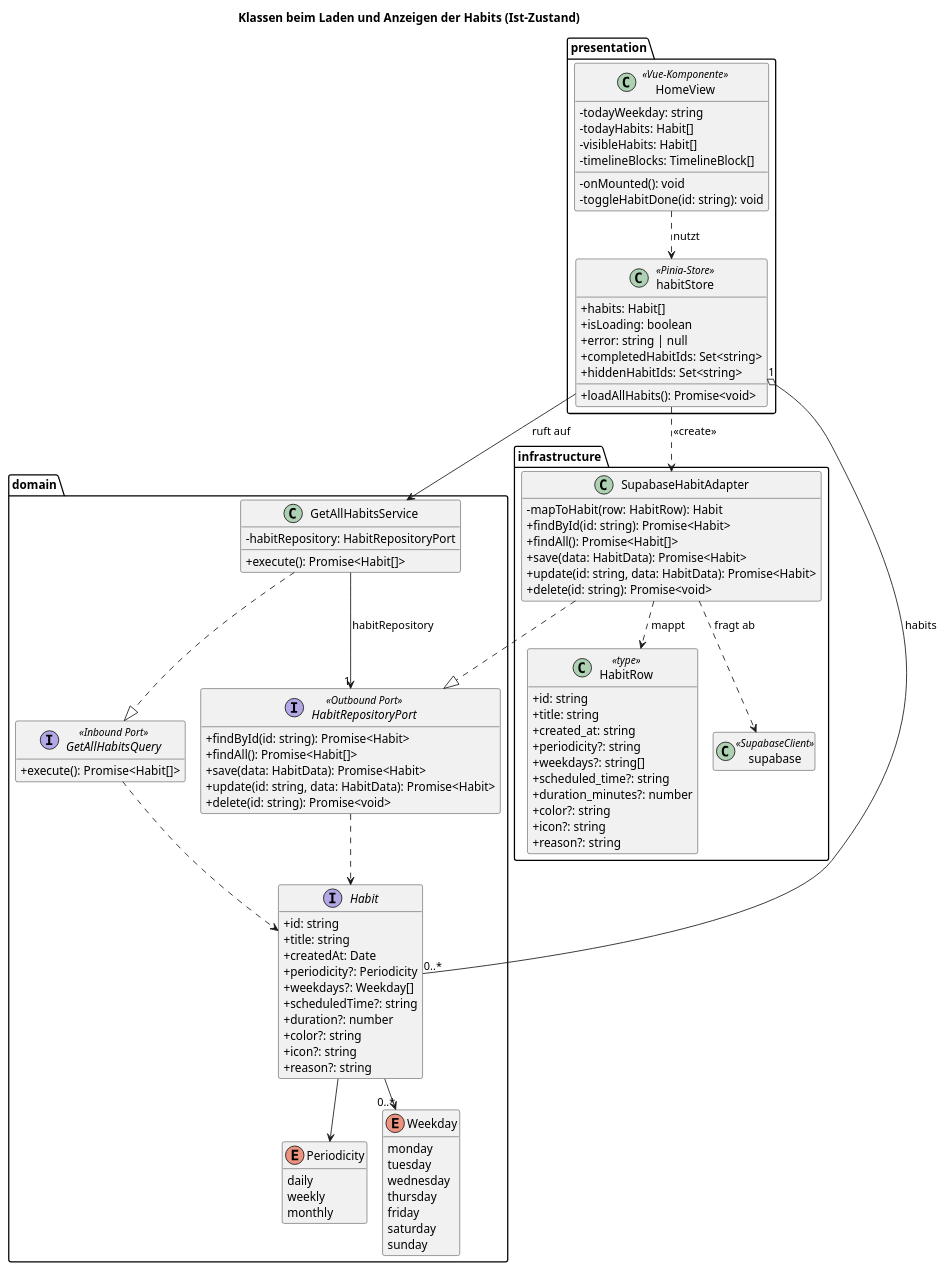
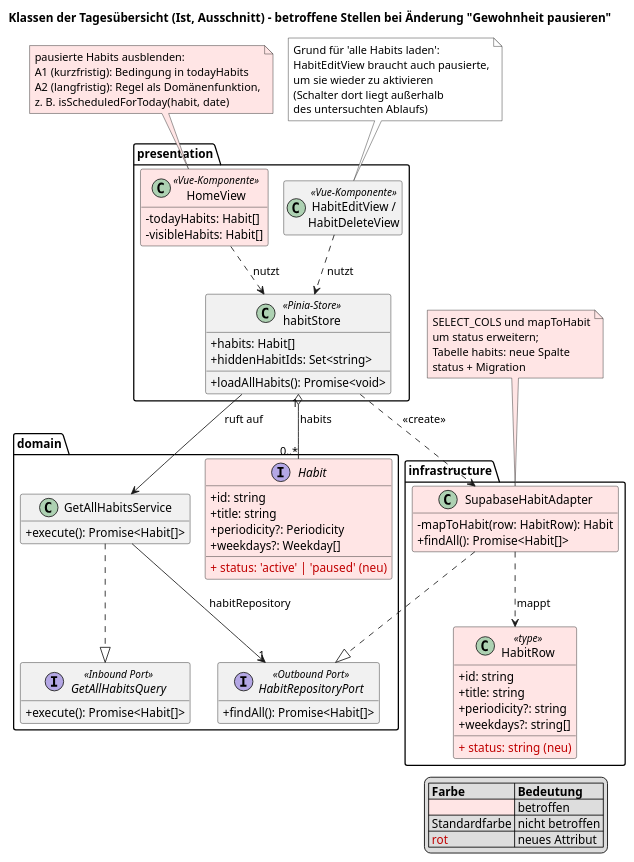
One commit to stttxxnn/se1-habittracker changed the diagram in docs/design-analysis/current-structure.puml. Above: the diagram before and after it, drawn with PlantUML. The commit also changed 1 other file, not shown here.

Commit message:
[Docs] Betroffene Stellen für "Gewohnheit pausieren" markiert
Beide Diagramme auf die für die Untersuchung nötigen Bausteine
reduziert und betroffene Stellen farbig markiert. Entscheidung:
weiterhin alle Habits laden (HabitEditView braucht auch pausierte),
Filter für die Tagesübersicht in HomeView (A1) bzw. langfristig als
Domänenfunktion (A2).

Refs #82

```diff
--- a/docs/design-analysis/current-structure.puml
+++ b/docs/design-analysis/current-structure.puml
@@ -1,117 +1,87 @@
 @startuml
 !pragma layout smetana
-title Klassen beim Laden und Anzeigen der Habits (Ist-Zustand)
+title Klassen der Tagesübersicht (Ist, Ausschnitt) – betroffene Stellen bei Änderung "Gewohnheit pausieren"
 skinparam classAttributeIconSize 0
 hide empty members
 
 package "presentation" {
-  class HomeView <<Vue-Komponente>> {
-    - todayWeekday: string
+  class HomeView <<Vue-Komponente>> #FFE5E5 {
     - todayHabits: Habit[]
     - visibleHabits: Habit[]
-    - timelineBlocks: TimelineBlock[]
-    - onMounted(): void
-    - toggleHabitDone(id: string): void
   }
 
   class habitStore <<Pinia-Store>> {
     + habits: Habit[]
-    + isLoading: boolean
-    + error: string | null
-    + completedHabitIds: Set<string>
     + hiddenHabitIds: Set<string>
     + loadAllHabits(): Promise<void>
+  }
+
+  class "HabitEditView /\nHabitDeleteView" as OtherViews <<Vue-Komponente>> {
   }
 }
 
 package "domain" {
   interface GetAllHabitsQuery <<Inbound Port>> {
     + execute(): Promise<Habit[]>
   }
 
   class GetAllHabitsService {
-    - habitRepository: HabitRepositoryPort
     + execute(): Promise<Habit[]>
   }
 
   interface HabitRepositoryPort <<Outbound Port>> {
-    + findById(id: string): Promise<Habit>
     + findAll(): Promise<Habit[]>
-    + save(data: HabitData): Promise<Habit>
-    + update(id: string, data: HabitData): Promise<Habit>
-    + delete(id: string): Promise<void>
   }
 
-  interface Habit {
+  interface Habit #FFE5E5 {
     + id: string
     + title: string
-    + createdAt: Date
     + periodicity?: Periodicity
     + weekdays?: Weekday[]
-    + scheduledTime?: string
-    + duration?: number
-    + color?: string
-    + icon?: string
-    + reason?: string
-  }
-
-  enum Periodicity {
-    daily
-    weekly
-    monthly
-  }
-
-  enum Weekday {
-    monday
-    tuesday
-    wednesday
-    thursday
-    friday
-    saturday
-    sunday
+    <color:#C00000>+ status: 'active' | 'paused' (neu)</color>
   }
 }
 
 package "infrastructure" {
-  class SupabaseHabitAdapter {
+  class SupabaseHabitAdapter #FFE5E5 {
     - mapToHabit(row: HabitRow): Habit
-    + findById(id: string): Promise<Habit>
     + findAll(): Promise<Habit[]>
-    + save(data: HabitData): Promise<Habit>
-    + update(id: string, data: HabitData): Promise<Habit>
-    + delete(id: string): Promise<void>
   }
 
-  class HabitRow <<type>> {
+  class HabitRow <<type>> #FFE5E5 {
     + id: string
     + title: string
-    + created_at: string
     + periodicity?: string
     + weekdays?: string[]
-    + scheduled_time?: string
-    + duration_minutes?: number
-    + color?: string
-    + icon?: string
-    + reason?: string
+    <color:#C00000>+ status: string (neu)</color>
   }
-
-  class supabase <<SupabaseClient>>
 }
 
 HomeView ..> habitStore : nutzt
+OtherViews ..> habitStore : nutzt
 habitStore "1" o-- "0..*" Habit : habits
 habitStore --> GetAllHabitsService : ruft auf
 habitStore ..> SupabaseHabitAdapter : <<create>>
 
 GetAllHabitsService ..|> GetAllHabitsQuery
 GetAllHabitsService --> "1" HabitRepositoryPort : habitRepository
-GetAllHabitsQuery ..> Habit
-HabitRepositoryPort ..> Habit
 
 SupabaseHabitAdapter ..|> HabitRepositoryPort
 SupabaseHabitAdapter ..> HabitRow : mappt
-SupabaseHabitAdapter ..> supabase : fragt ab
 
-Habit --> Periodicity
-Habit --> "0..*" Weekday
+note "pausierte Habits ausblenden:\nA1 (kurzfristig): Bedingung in todayHabits\nA2 (langfristig): Regel als Domänenfunktion,\nz. B. isScheduledForToday(habit, date)" as NoteView #FFE5E5
+NoteView .. HomeView
+
+note "Grund für 'alle Habits laden':\nHabitEditView braucht auch pausierte,\num sie wieder zu aktivieren\n(Schalter dort liegt außerhalb\ndes untersuchten Ablaufs)" as NoteOther #FFFFFF
+NoteOther .. OtherViews
+
+note "SELECT_COLS und mapToHabit\num status erweitern;\nTabelle habits: neue Spalte\nstatus + Migration" as NoteAdapter #FFE5E5
+NoteAdapter .. SupabaseHabitAdapter
+
+legend right
+  |= Farbe |= Bedeutung |
+  |<#FFE5E5>| betroffen |
+  | Standardfarbe | nicht betroffen |
+  | <color:#C00000>rot</color> | neues Attribut |
+endlegend
 @enduml
```
